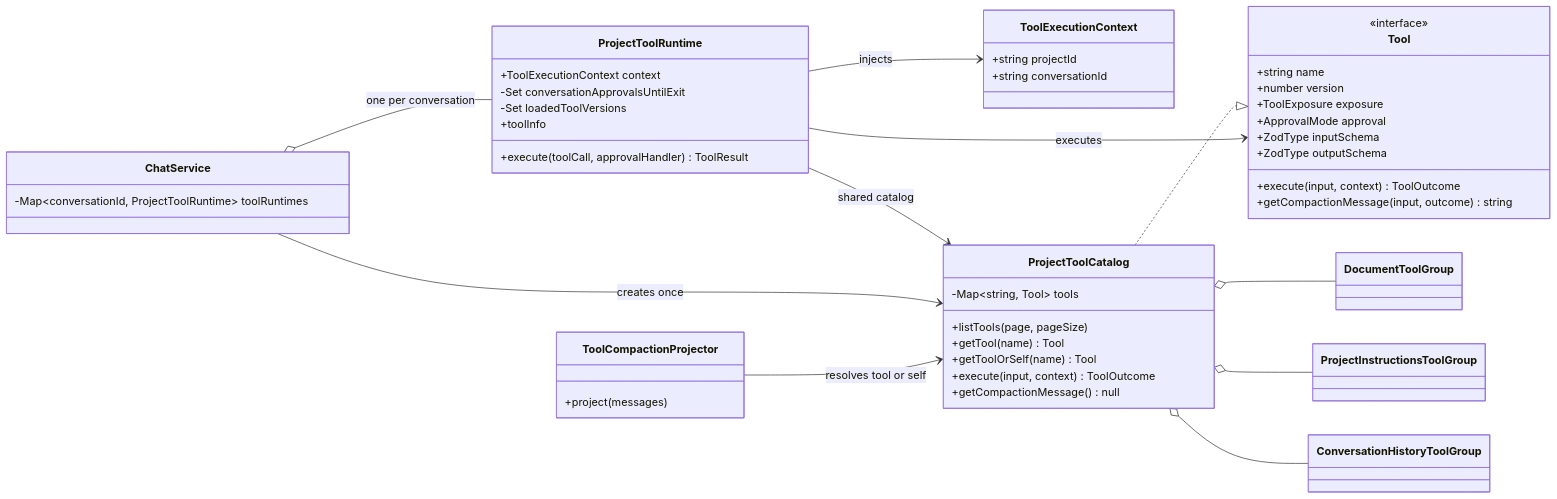
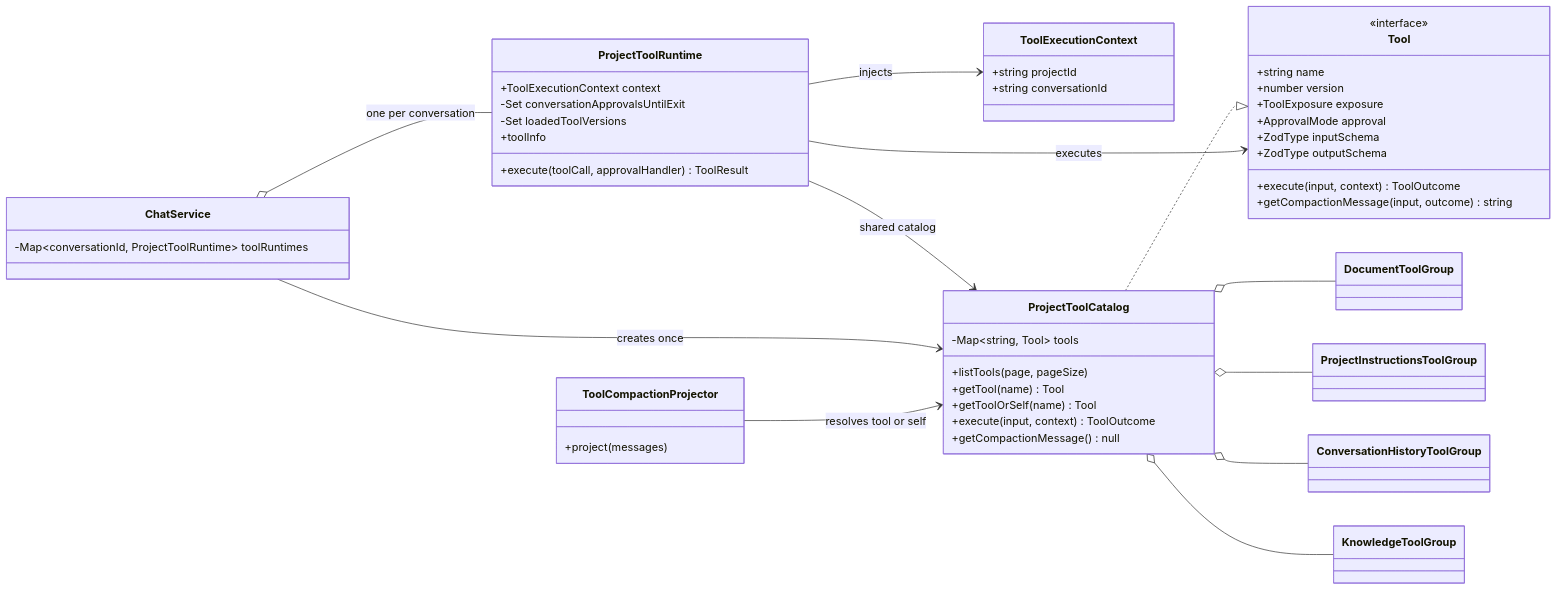
One commit to Mengman/CleoDoc changed the diagram in docs/TOOL_CALL_DESIGN.md. Above: the diagram before and after it, drawn with Mermaid. The commit also changed other lines of this file and 2 other files, not shown here.

````diff
--- a/docs/TOOL_CALL_DESIGN.md
+++ b/docs/TOOL_CALL_DESIGN.md
@@ -902,61 +1181,63 @@
 ```mermaid
 classDiagram
     direction LR
 
     class Tool {
         <<interface>>
         +string name
         +number version
         +ToolExposure exposure
         +ApprovalMode approval
         +ZodType inputSchema
         +ZodType outputSchema
         +execute(input, context) ToolOutcome
         +getCompactionMessage(input, outcome) string
     }
 
     class ToolExecutionContext {
         +string projectId
         +string conversationId
     }
 
     class ProjectToolCatalog {
         -Map~string, Tool~ tools
         +listTools(page, pageSize)
         +getTool(name) Tool
         +getToolOrSelf(name) Tool
         +execute(input, context) ToolOutcome
         +getCompactionMessage() null
     }
 
     class ProjectToolRuntime {
         +ToolExecutionContext context
         -Set conversationApprovalsUntilExit
         -Set loadedToolVersions
         +toolInfo
         +execute(toolCall, approvalHandler) ToolResult
     }
 
     class ChatService {
         -Map~conversationId, ProjectToolRuntime~ toolRuntimes
     }
 
     class ToolCompactionProjector {
         +project(messages)
     }
 
     class DocumentToolGroup
     class ProjectInstructionsToolGroup
     class ConversationHistoryToolGroup
+    class KnowledgeToolGroup
 
     ProjectToolCatalog ..|> Tool
     ProjectToolCatalog o-- DocumentToolGroup
     ProjectToolCatalog o-- ProjectInstructionsToolGroup
     ProjectToolCatalog o-- ConversationHistoryToolGroup
+    ProjectToolCatalog o-- KnowledgeToolGroup
     ProjectToolRuntime --> ProjectToolCatalog : shared catalog
     ProjectToolRuntime --> ToolExecutionContext : injects
     ProjectToolRuntime --> Tool : executes
     ChatService o-- ProjectToolRuntime : one per conversation
     ChatService --> ProjectToolCatalog : creates once
     ToolCompactionProjector --> ProjectToolCatalog : resolves tool or self
 ```
````
